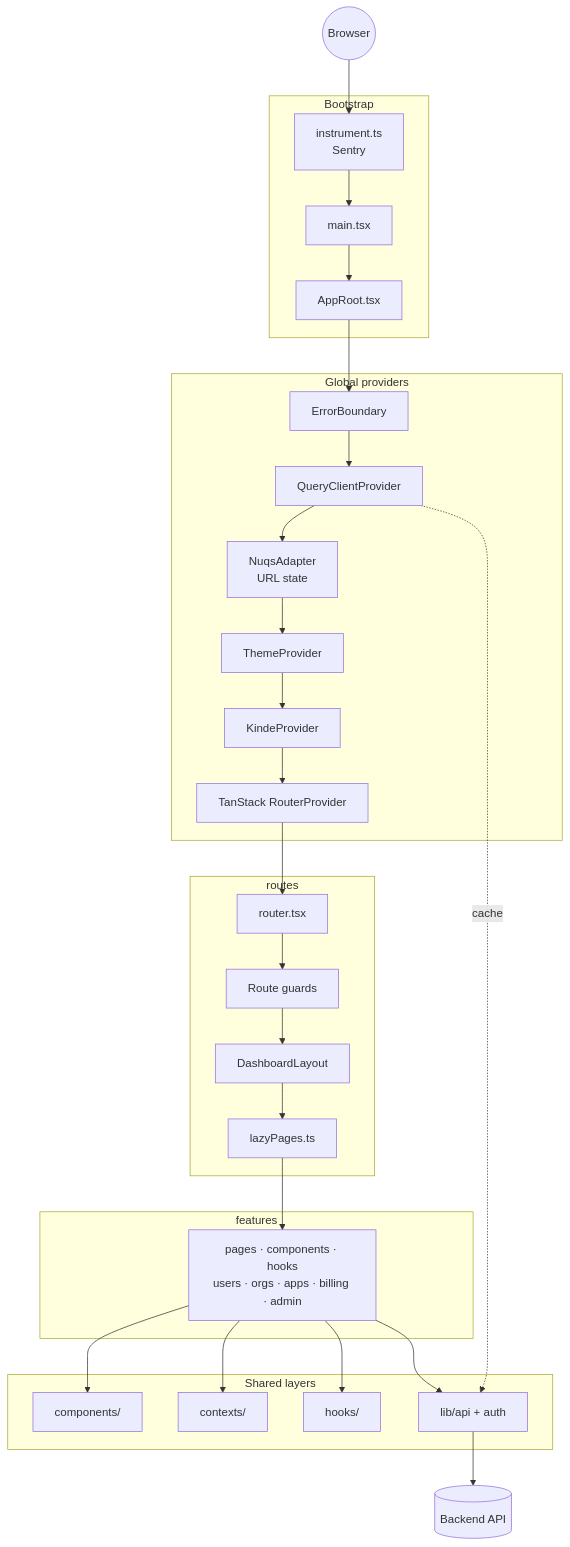
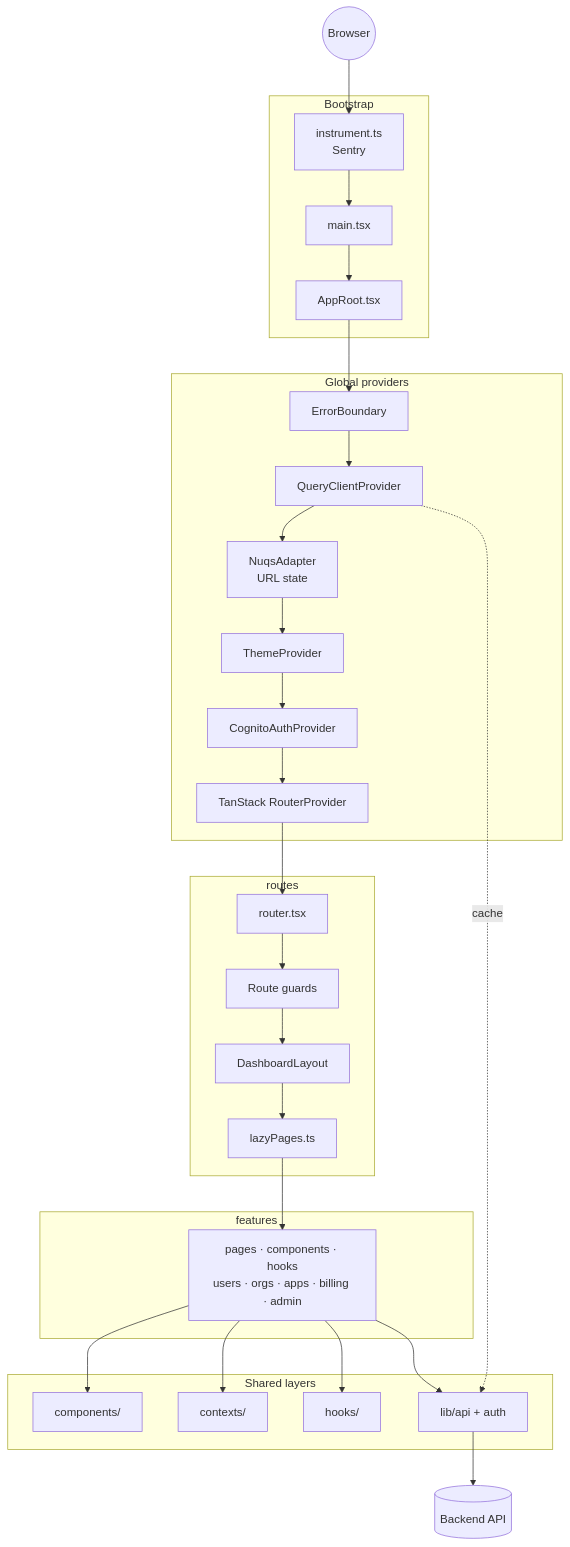
The first of 2 diagrams in frontend/docs/architecture.md (ZOPKIT-CODE/Wrapper), drawn with Mermaid before and after one commit. The commit also changed other lines of this file and 7 other files, not shown here.

````diff
--- a/frontend/docs/architecture.md
+++ b/frontend/docs/architecture.md
@@ -23,47 +23,47 @@
 ```mermaid
 flowchart TB
   browser(("Browser"))
 
   subgraph bootstrap["Bootstrap"]
     instrument["instrument.ts<br/>Sentry"]
     main["main.tsx"]
     appRoot["AppRoot.tsx"]
   end
 
   subgraph providers["Global providers"]
     errorBoundary["ErrorBoundary"]
     query["QueryClientProvider"]
     nuqs["NuqsAdapter<br/>URL state"]
     theme["ThemeProvider"]
-    kinde["KindeProvider"]
+    cognito["CognitoAuthProvider"]
     routerProv["TanStack RouterProvider"]
   end
 
   subgraph routing["routes"]
     routerDef["router.tsx"]
     lazy["lazyPages.ts"]
     guards["Route guards"]
     layout["DashboardLayout"]
   end
 
   subgraph appFeatures["features"]
     featPages["pages · components · hooks<br/>users · orgs · apps · billing · admin"]
   end
 
   subgraph shared["Shared layers"]
     components["components/"]
     contexts["contexts/"]
     hooksDir["hooks/"]
     libApi["lib/api + auth"]
   end
 
   backend[("Backend API")]
 
   browser --> instrument --> main --> appRoot
-  appRoot --> errorBoundary --> query --> nuqs --> theme --> kinde --> routerProv
+  appRoot --> errorBoundary --> query --> nuqs --> theme --> cognito --> routerProv
   routerProv --> routerDef --> guards --> layout
   layout --> lazy --> featPages
   featPages --> components & contexts & hooksDir & libApi
   libApi --> backend
   query -.->|cache| libApi
 ```
````
